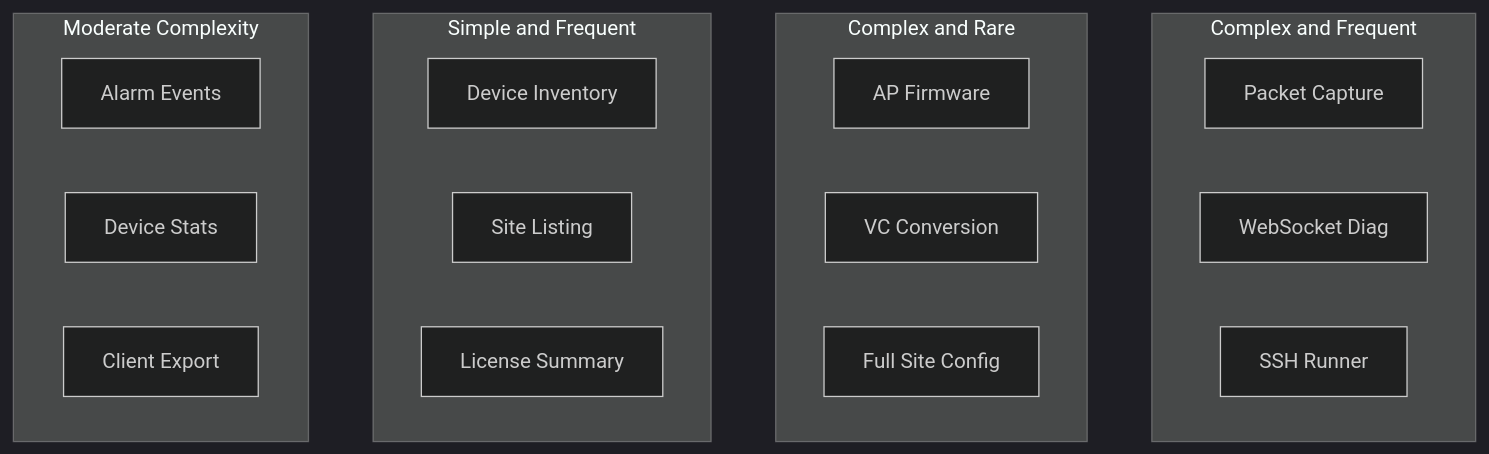
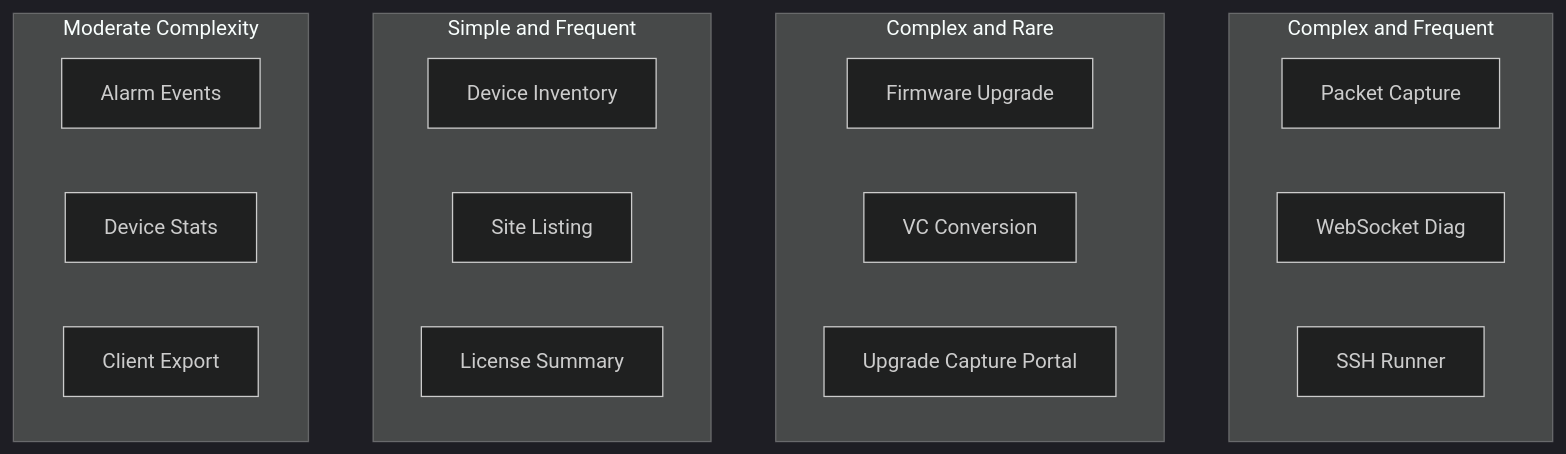
Before and after one commit to jmorrison-juniper/MistHelper: the second of 5 diagrams in documentation/diagrams/operations/metrics-and-analytics.md, drawn with Mermaid. The commit also changed other lines of this file and 110 other files, not shown here.

````diff
--- a/documentation/diagrams/operations/metrics-and-analytics.md
+++ b/documentation/diagrams/operations/metrics-and-analytics.md
@@ -44,35 +44,35 @@
 ```mermaid
 %%{init: {'theme': 'dark', 'themeVariables': {
   'primaryColor': '#E20074',
   'primaryTextColor': '#E0E0E0',
   'primaryBorderColor': '#99004D',
   'lineColor': '#FF4DA6',
   'secondaryColor': '#16213E',
   'tertiaryColor': '#1A1A2E',
   'fontFamily': 'ui-monospace, monospace'
 }}}%%
 flowchart TB
     subgraph q1["Complex and Frequent"]
         pcap["Packet Capture"]
         ws["WebSocket Diag"]
         ssh["SSH Runner"]
     end
 
     subgraph q2["Complex and Rare"]
-        fw["AP Firmware"]
+        fw["Firmware Upgrade"]
         vc["VC Conversion"]
-        fsc["Full Site Config"]
+        fsc["Upgrade Capture Portal"]
     end
 
     subgraph q3["Simple and Frequent"]
         inv["Device Inventory"]
         sites["Site Listing"]
         lic["License Summary"]
     end
 
     subgraph q4["Moderate Complexity"]
         alarms["Alarm Events"]
         stats["Device Stats"]
         clients["Client Export"]
     end
 ```
````
